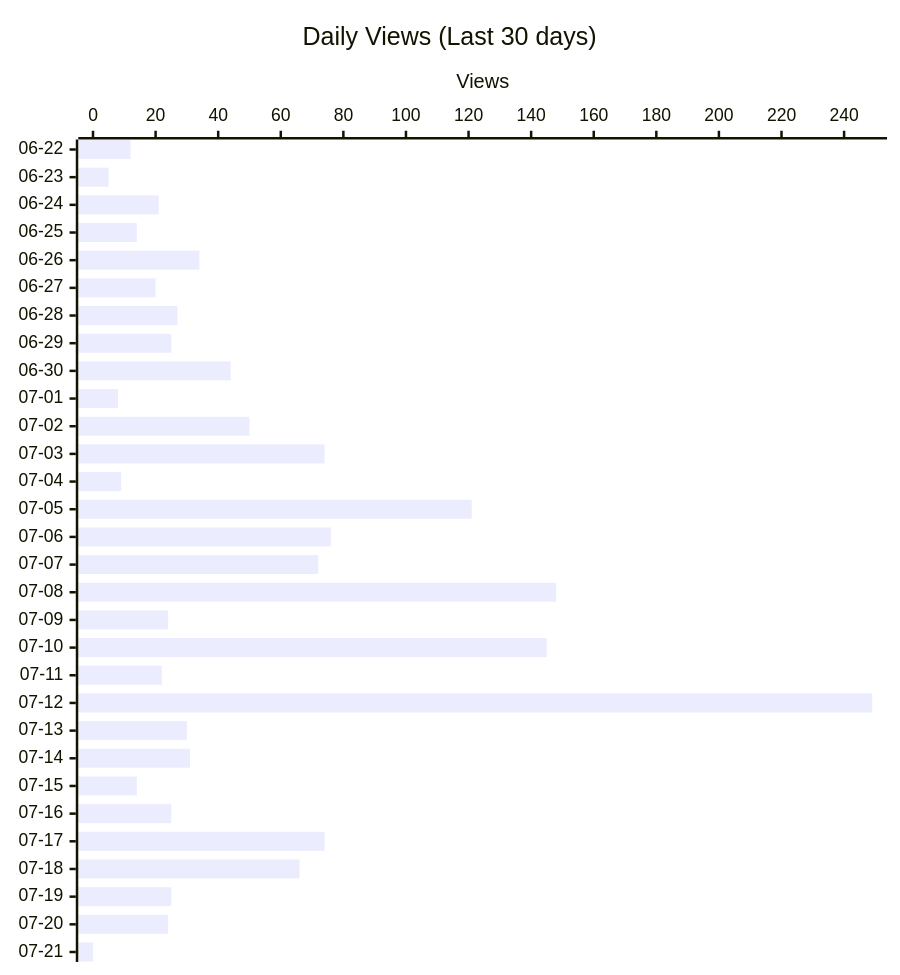
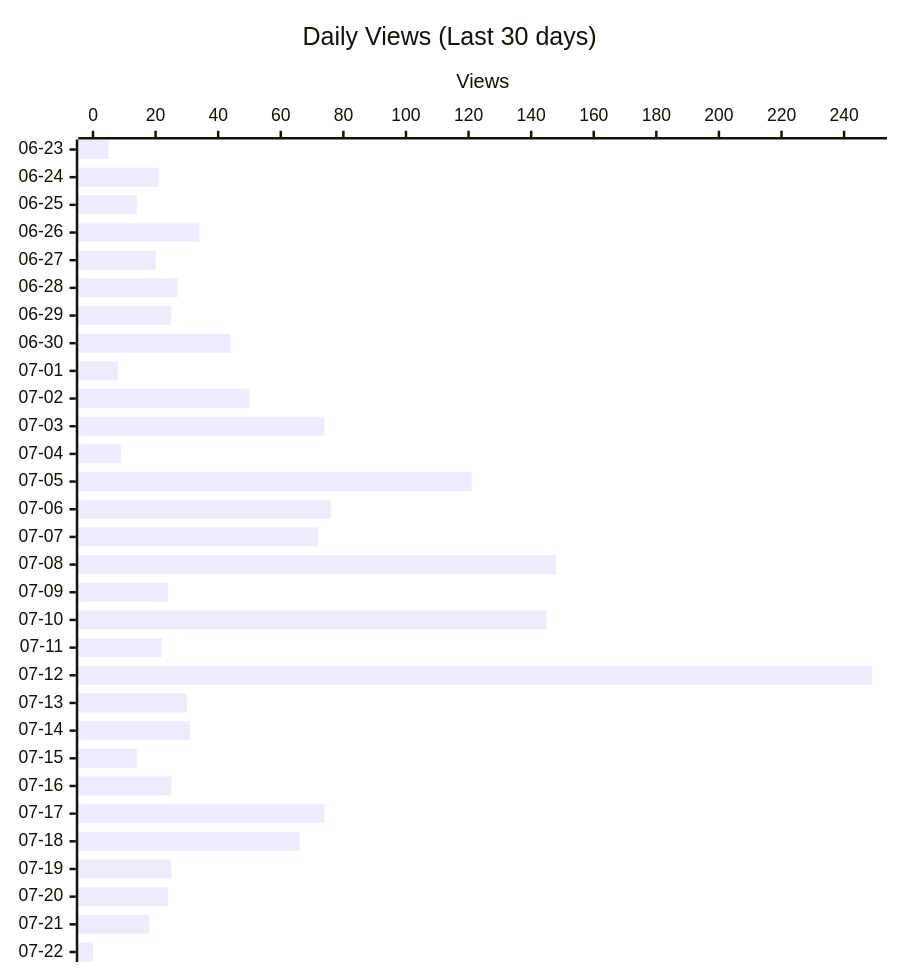
The second of 4 diagrams in README.md (shigechika/github-insights), drawn with Mermaid before and after one commit. The commit also changed other lines of this file and 2 other files, not shown here.

````diff
--- a/README.md
+++ b/README.md
@@ -28,12 +28,12 @@
 ```mermaid
 ---
 config:
   xyChart:
     height: 760
 ---
 xychart-beta horizontal
     title "Daily Views (Last 30 days)"
-    x-axis ["06-22", "06-23", "06-24", "06-25", "06-26", "06-27", "06-28", "06-29", "06-30", "07-01", "07-02", "07-03", "07-04", "07-05", "07-06", "07-07", "07-08", "07-09", "07-10", "07-11", "07-12", "07-13", "07-14", "07-15", "07-16", "07-17", "07-18", "07-19", "07-20", "07-21"]
+    x-axis ["06-23", "06-24", "06-25", "06-26", "06-27", "06-28", "06-29", "06-30", "07-01", "07-02", "07-03", "07-04", "07-05", "07-06", "07-07", "07-08", "07-09", "07-10", "07-11", "07-12", "07-13", "07-14", "07-15", "07-16", "07-17", "07-18", "07-19", "07-20", "07-21", "07-22"]
     y-axis "Views"
-    bar [12, 5, 21, 14, 34, 20, 27, 25, 44, 8, 50, 74, 9, 121, 76, 72, 148, 24, 145, 22, 249, 30, 31, 14, 25, 74, 66, 25, 24, 0]
+    bar [5, 21, 14, 34, 20, 27, 25, 44, 8, 50, 74, 9, 121, 76, 72, 148, 24, 145, 22, 249, 30, 31, 14, 25, 74, 66, 25, 24, 18, 0]
 ```
````
